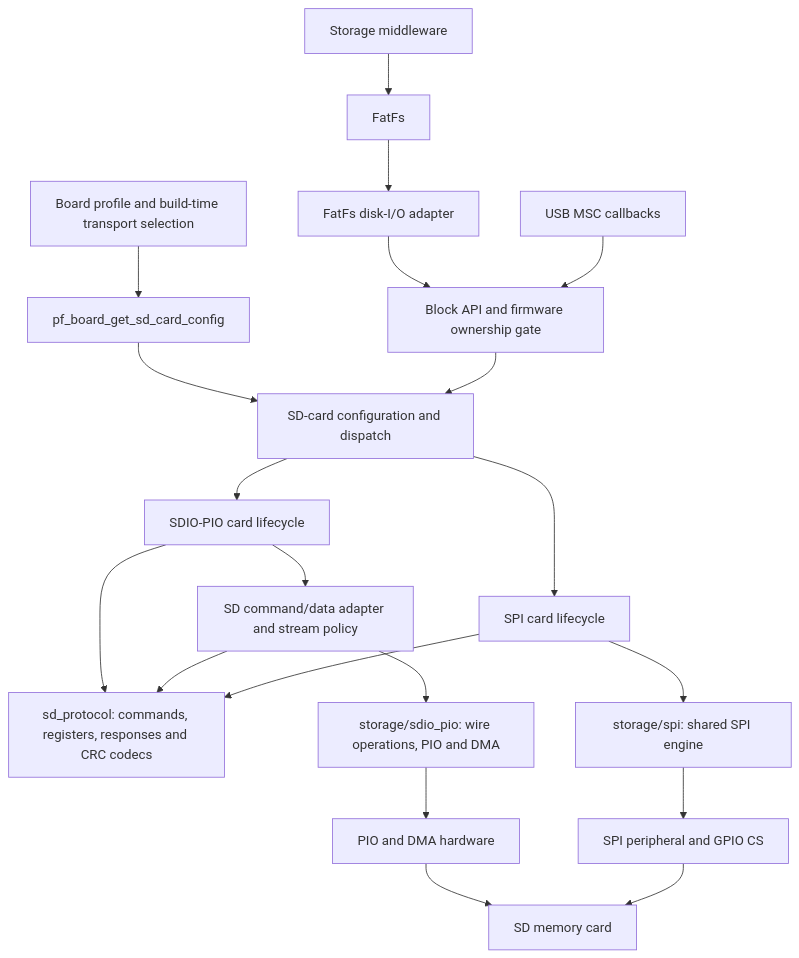
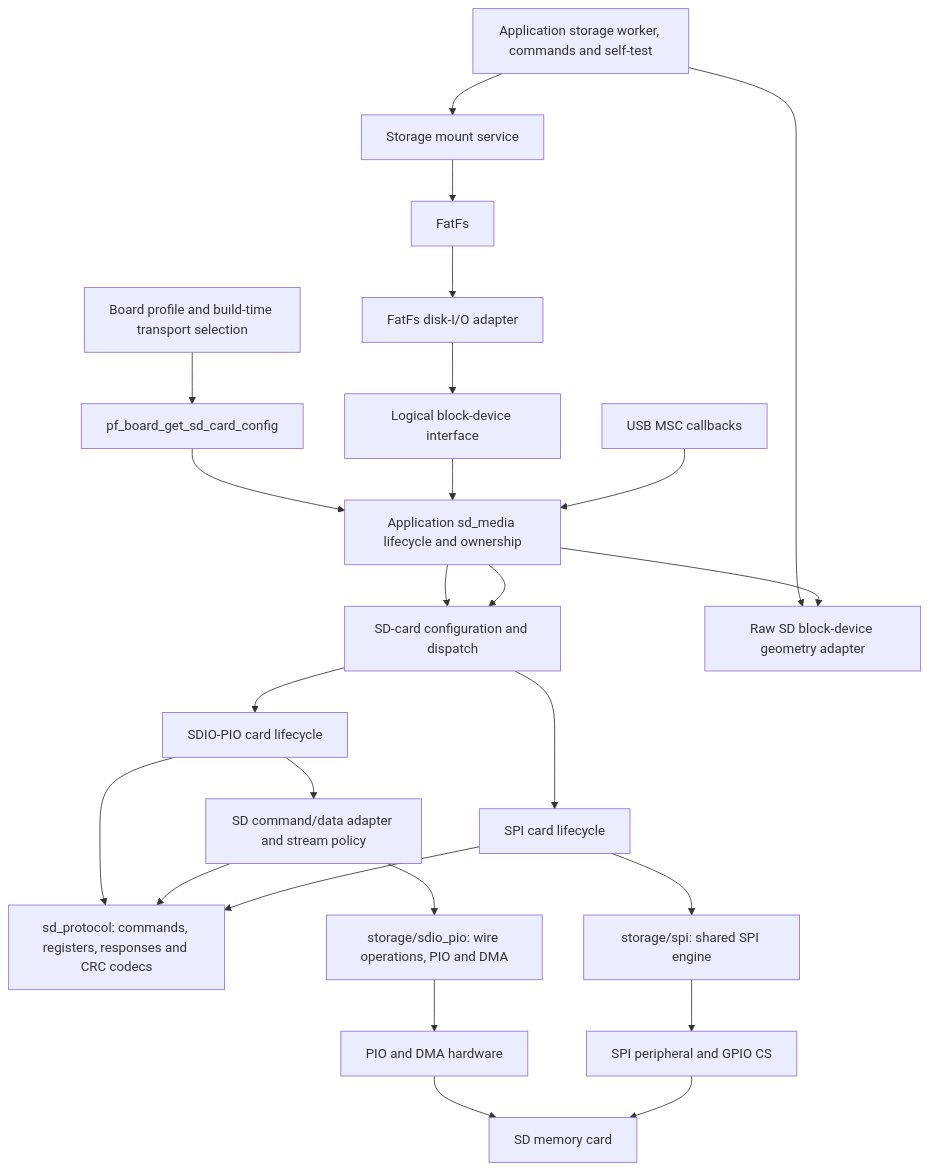
One commit to djwinter29-oss/PicoForge changed the first of 5 diagrams in docs/sdcard-design.md. Above: the diagram before and after it, drawn with Mermaid. The commit also changed other lines of this file and 234 other files, not shown here.

````diff
--- a/docs/sdcard-design.md
+++ b/docs/sdcard-design.md
@@ -73,22 +76,27 @@
 ```mermaid
 flowchart TD
     Board[Board profile and build-time transport selection] --> Config[pf_board_get_sd_card_config]
-    Config --> Card[SD-card configuration and dispatch]
-    Storage[Storage middleware] --> FatFs[FatFs]
+    Config --> Gate[Application sd_media lifecycle and ownership]
+    Gate --> Card[SD-card configuration and dispatch]
+    App[Application storage worker, commands and self-test] --> Storage[Storage mount service]
+    App --> SDAdapter
+    Storage --> FatFs[FatFs]
     FatFs --> Disk[FatFs disk-I/O adapter]
-    Disk --> Gate[Block API and firmware ownership gate]
+    Disk --> Block[Logical block-device interface]
+    Block --> Gate
+    Gate --> SDAdapter[Raw SD block-device geometry adapter]
     MSC[USB MSC callbacks] --> Gate
     Gate --> Card
     Card --> Native[SDIO-PIO card lifecycle]
     Card --> SPI[SPI card lifecycle]
     Native --> Host[SD command/data adapter and stream policy]
     Native --> Shared[sd_protocol: commands, registers, responses and CRC codecs]
     Host --> Shared
     SPI --> Shared
     Host --> NativeBus[storage/sdio_pio: wire operations, PIO and DMA]
     NativeBus --> PIO[PIO and DMA hardware]
     SPI --> SerialBus[storage/spi: shared SPI engine]
     SerialBus --> Peripheral[SPI peripheral and GPIO CS]
     PIO --> Media[SD memory card]
     Peripheral --> Media
 ```
````
